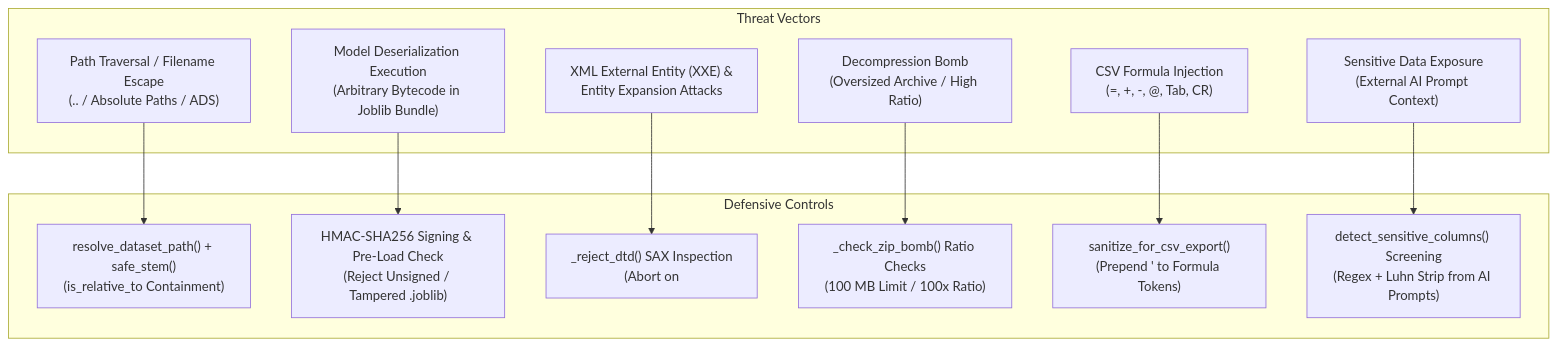
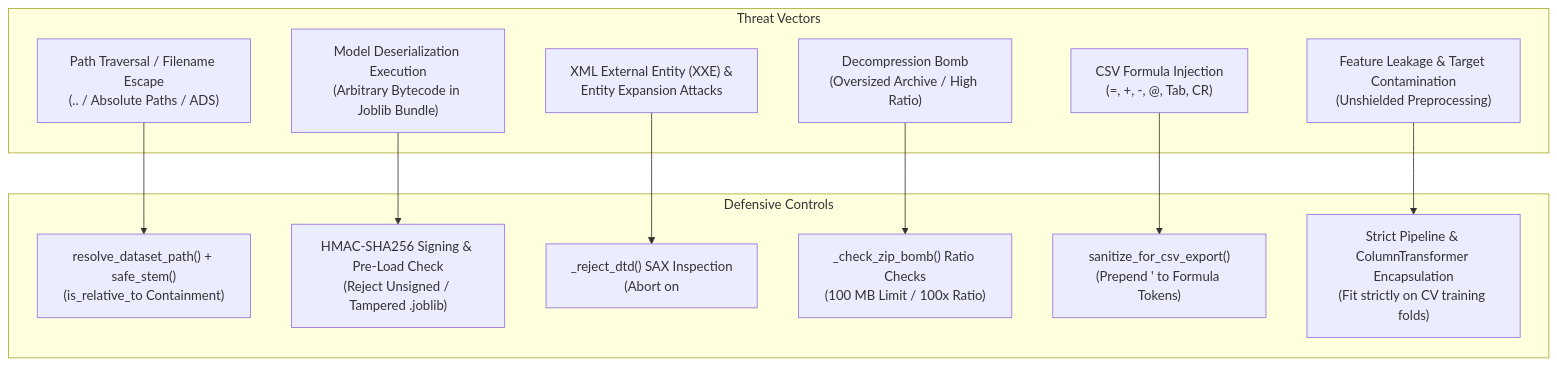
One commit to Srikiran22/CloudlnsightAl changed the diagram in SECURITY.md. Above: the diagram before and after it, drawn with Mermaid. The commit also changed other lines of this file and 19 other files, not shown here.

````diff
--- a/SECURITY.md
+++ b/SECURITY.md
@@ -31,27 +29,27 @@
 ```mermaid
 flowchart TD
     subgraph Threats ["Threat Vectors"]
         T1["Path Traversal / Filename Escape\n(.. / Absolute Paths / ADS)"]
         T2["Model Deserialization Execution\n(Arbitrary Bytecode in Joblib Bundle)"]
         T3["XML External Entity (XXE) &\nEntity Expansion Attacks"]
         T4["Decompression Bomb\n(Oversized Archive / High Ratio)"]
         T5["CSV Formula Injection\n(=, +, -, @, Tab, CR)"]
-        T6["Sensitive Data Exposure\n(External AI Prompt Context)"]
+        T6["Feature Leakage & Target Contamination\n(Unshielded Preprocessing)"]
     end
 
     subgraph Defenses ["Defensive Controls"]
         D1["resolve_dataset_path() + safe_stem()\n(is_relative_to Containment)"]
         D2["HMAC-SHA256 Signing & Pre-Load Check\n(Reject Unsigned / Tampered .joblib)"]
         D3["_reject_dtd() SAX Inspection\n(Abort on <!DOCTYPE / <!ENTITY)"]
         D4["_check_zip_bomb() Ratio Checks\n(100 MB Limit / 100x Ratio)"]
         D5["sanitize_for_csv_export()\n(Prepend ' to Formula Tokens)"]
-        D6["detect_sensitive_columns() Screening\n(Regex + Luhn Strip from AI Prompts)"]
+        D6["Strict Pipeline & ColumnTransformer Encapsulation\n(Fit strictly on CV training folds)"]
     end
 
     T1 --> D1
     T2 --> D2
     T3 --> D3
     T4 --> D4
     T5 --> D5
     T6 --> D6
 ```
````
